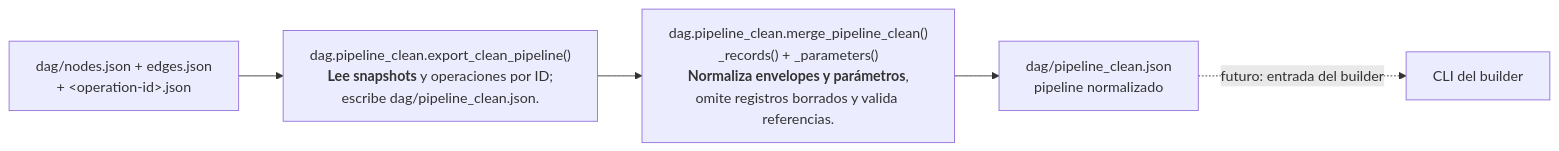
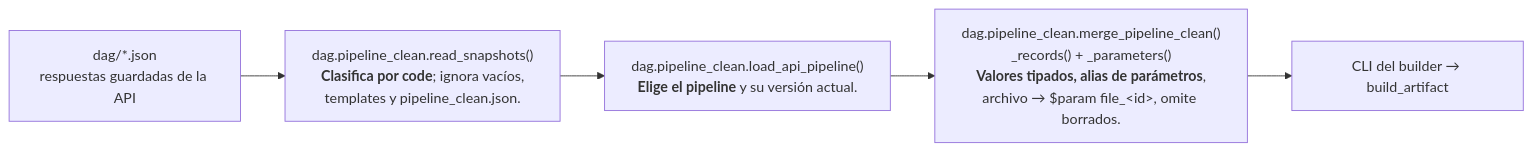
Before and after one commit to FabiusC/mini-engine: the second of 3 diagrams in docs/CODEGEN_COMPONENTS.md, drawn with Mermaid. The commit also changed other lines of this file and 76 other files, not shown here.

````diff
--- a/docs/CODEGEN_COMPONENTS.md
+++ b/docs/CODEGEN_COMPONENTS.md
@@ -113,11 +113,10 @@
 ```mermaid
 flowchart LR
-    SNAPSHOTS["dag/nodes.json + edges.json<br/>+ &lt;operation-id&gt;.json"]
-    EXPORT["dag.pipeline_clean.export_clean_pipeline()<br/><b>Lee snapshots</b> y operaciones por ID;<br/>escribe dag/pipeline_clean.json."]
-    MERGE["dag.pipeline_clean.merge_pipeline_clean()<br/>_records() + _parameters()<br/><b>Normaliza envelopes y parámetros</b>,<br/>omite registros borrados y valida referencias."]
-    CLEAN["dag/pipeline_clean.json<br/>pipeline normalizado"]
-    CLI["CLI del builder"]
+    SNAPSHOTS["dag/*.json<br/>respuestas guardadas de la API"]
+    READ["dag.pipeline_clean.read_snapshots()<br/><b>Clasifica por code</b>; ignora vacíos,<br/>templates y pipeline_clean.json."]
+    LOAD["dag.pipeline_clean.load_api_pipeline()<br/><b>Elige el pipeline</b> y su versión actual."]
+    MERGE["dag.pipeline_clean.merge_pipeline_clean()<br/>_records() + _parameters()<br/><b>Valores tipados, alias de parámetros</b>,<br/>archivo → $param file_&lt;id&gt;, omite borrados."]
+    CLI["CLI del builder → build_artifact"]
 
-    SNAPSHOTS --> EXPORT --> MERGE --> CLEAN
-    CLEAN -.->|"futuro: entrada del builder"| CLI
+    SNAPSHOTS --> READ --> LOAD --> MERGE --> CLI
 ```
````
